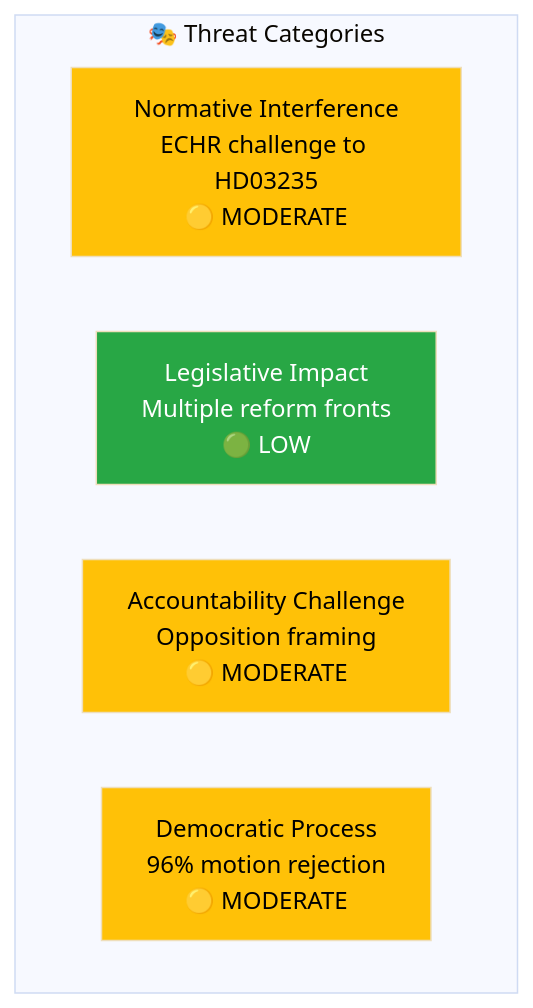
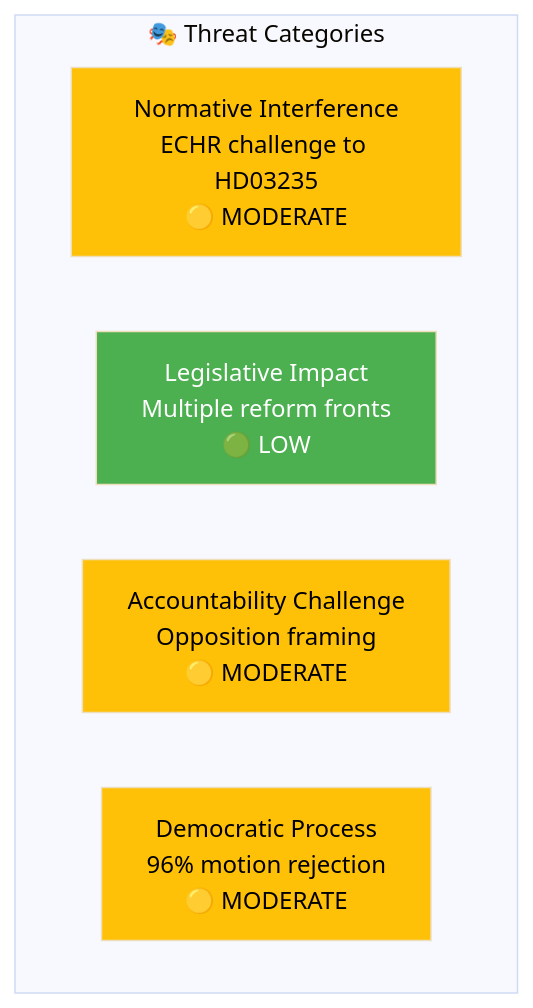
The diagram in analysis/daily/2026-04-01/threat-analysis.md (Hack23/riksdagsmonitor), drawn with Mermaid (base theme) before and after one commit. The commit also changed 785 other files, not shown here.

First line of the commit message:
Normalize mermaid colors across 786 analysis artifacts to ISMS Style Guide palette

````diff
--- a/analysis/daily/2026-04-01/threat-analysis.md
+++ b/analysis/daily/2026-04-01/threat-analysis.md
@@ -12,14 +12,14 @@
 ```mermaid
 graph TD
     subgraph "🎭 Threat Categories"
         NI["Normative Interference<br/>ECHR challenge to HD03235<br/>🟡 MODERATE"]
         LI["Legislative Impact<br/>Multiple reform fronts<br/>🟢 LOW"]
         AC["Accountability Challenge<br/>Opposition framing<br/>🟡 MODERATE"]
         DP["Democratic Process<br/>96% motion rejection<br/>🟡 MODERATE"]
     end
 
-    style NI fill:#ffc107,color:#000
-    style LI fill:#28a745,color:#fff
-    style AC fill:#ffc107,color:#000
-    style DP fill:#ffc107,color:#000
+    style NI fill:#FFC107,color:#000000
+    style LI fill:#4CAF50,color:#FFFFFF
+    style AC fill:#FFC107,color:#000000
+    style DP fill:#FFC107,color:#000000
 ```
````
